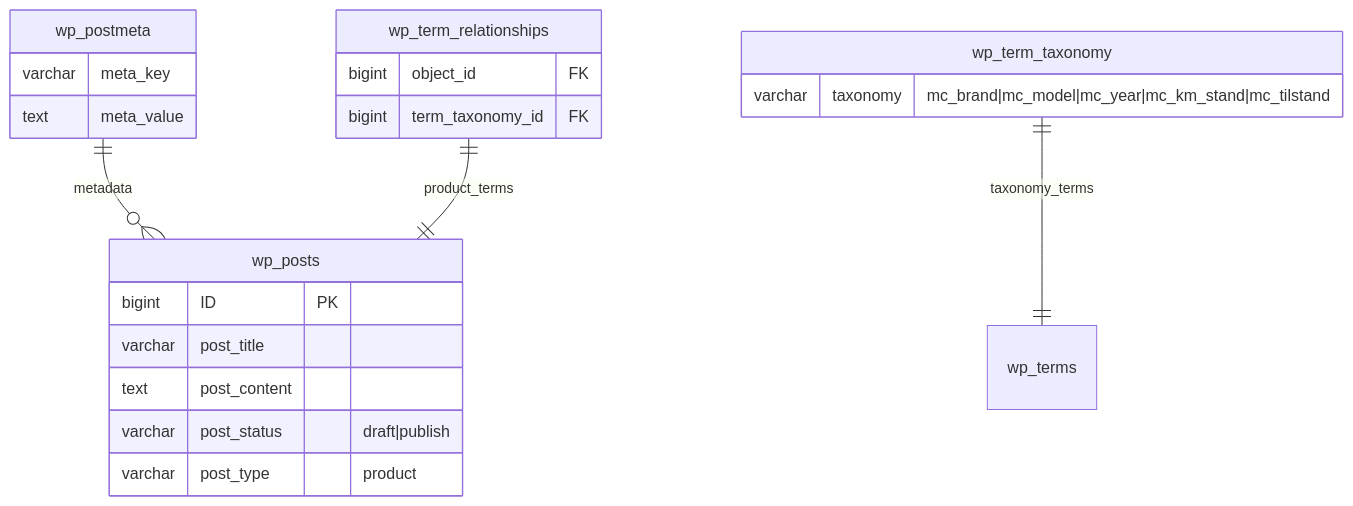
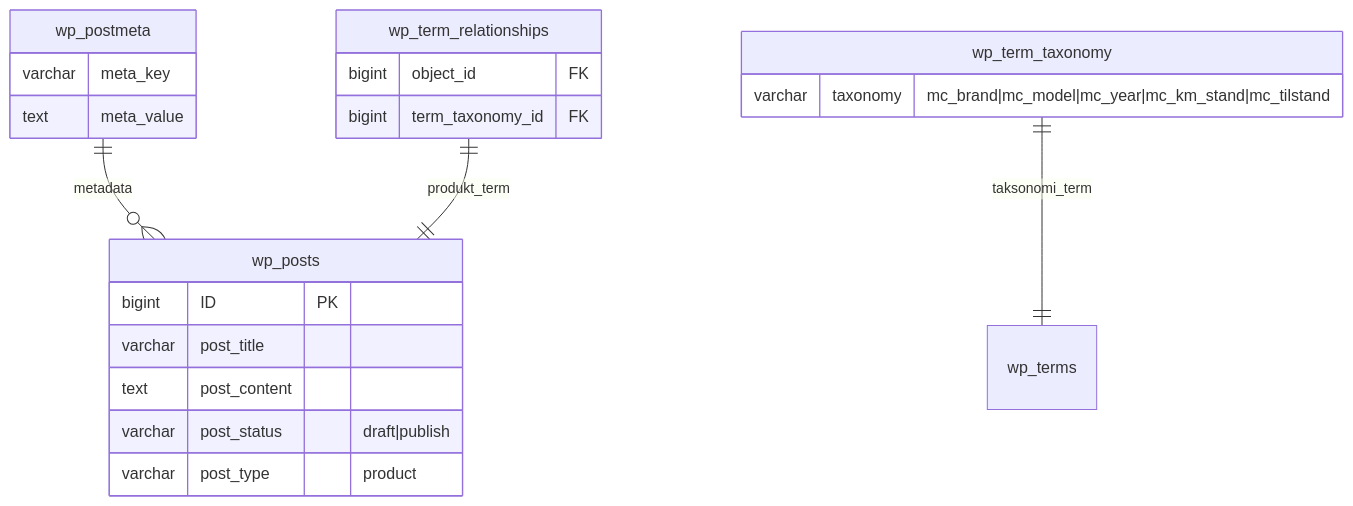
The fourth of 4 diagrams in README.md (ekhanatime/finntilwoo), drawn with Mermaid before and after one commit. The commit also changed other lines of this file, not shown here.

````diff
--- a/README.md
+++ b/README.md
@@ -255,27 +311,27 @@
 ```mermaid
 erDiagram
     wp_posts {
         bigint ID PK
         varchar post_title
         text post_content
         varchar post_status "draft|publish"
         varchar post_type "product"
     }
 
     wp_postmeta ||--o{ wp_posts : "metadata"
     wp_postmeta {
         varchar meta_key
         text meta_value
     }
 
-    wp_term_relationships ||--|| wp_posts : "product_terms"
+    wp_term_relationships ||--|| wp_posts : "produkt_term"
     wp_term_relationships {
         bigint object_id FK
         bigint term_taxonomy_id FK
     }
 
-    wp_term_taxonomy ||--|| wp_terms : "taxonomy_terms"
+    wp_term_taxonomy ||--|| wp_terms : "taksonomi_term"
     wp_term_taxonomy {
         varchar taxonomy "mc_brand|mc_model|mc_year|mc_km_stand|mc_tilstand"
     }
 ```
````
